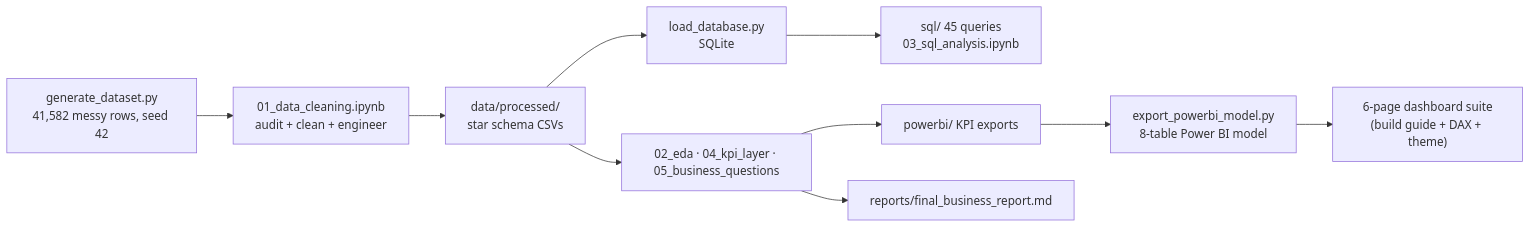
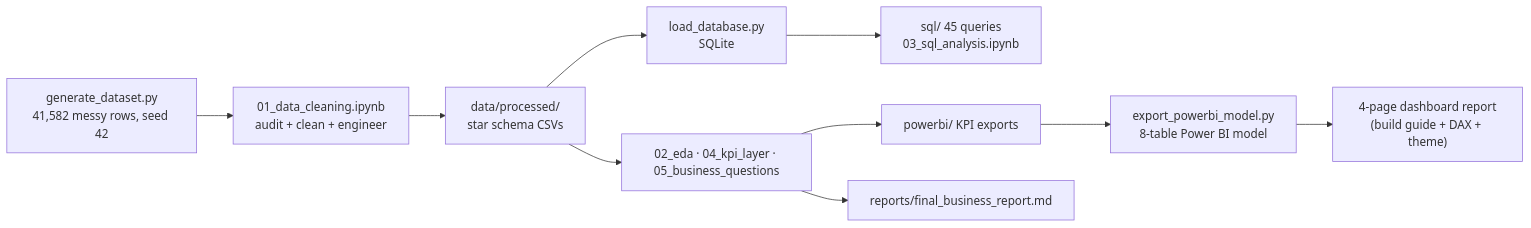
The diagram in README.md (R-Soundariya/anime-streaming-analytics), drawn with Mermaid before and after one commit. The commit also changed other lines of this file, not shown here.

First line of the commit message:
README: 4-page dashboard report (not 6), remove badge row

````diff
--- a/README.md
+++ b/README.md
@@ -73,12 +66,12 @@
 ```mermaid
 flowchart LR
     A["generate_dataset.py<br/>41,582 messy rows, seed 42"] --> B["01_data_cleaning.ipynb<br/>audit + clean + engineer"]
     B --> C["data/processed/<br/>star schema CSVs"]
     C --> D["load_database.py<br/>SQLite"]
     C --> E["02_eda · 04_kpi_layer · 05_business_questions"]
     D --> F["sql/ 45 queries<br/>03_sql_analysis.ipynb"]
     E --> G["powerbi/ KPI exports"]
     G --> H["export_powerbi_model.py<br/>8-table Power BI model"]
-    H --> I["6-page dashboard suite<br/>(build guide + DAX + theme)"]
+    H --> I["4-page dashboard report<br/>(build guide + DAX + theme)"]
     E --> J["reports/final_business_report.md"]
 ```
````
